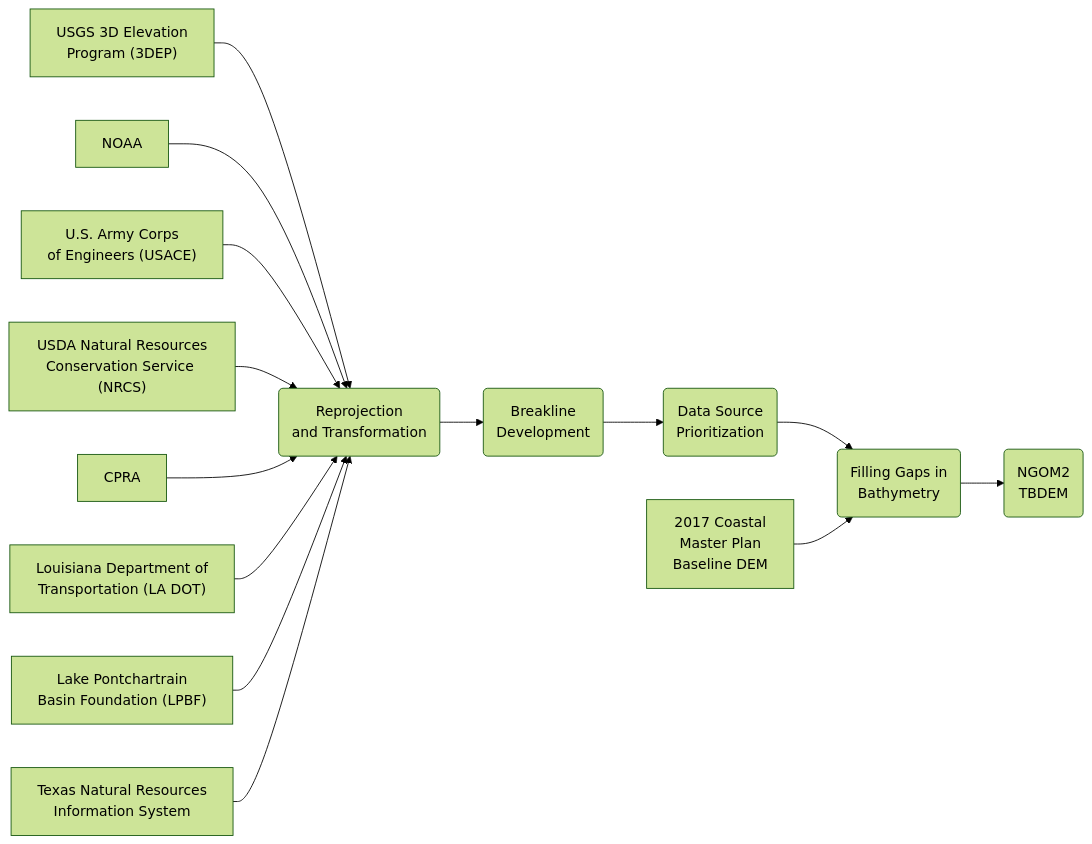
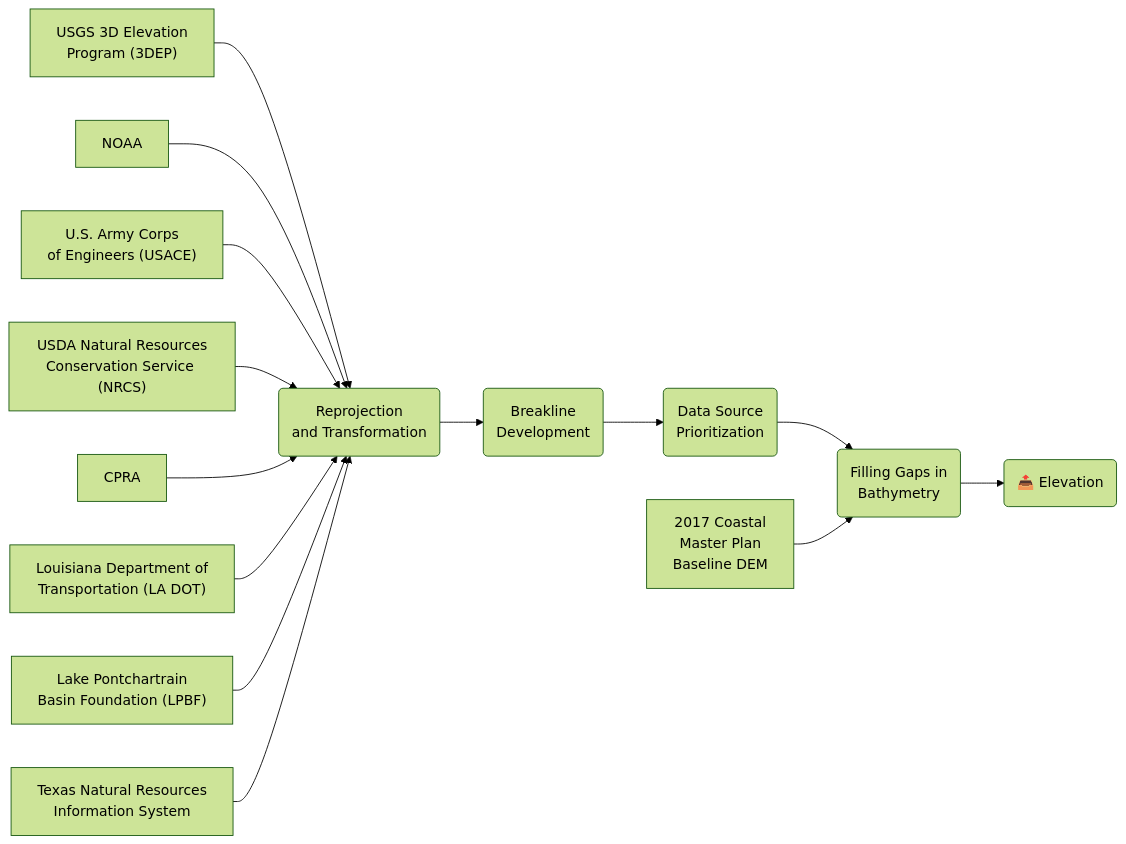
The fourth of 9 diagrams in README.md (pscedu/cpra-documentation), drawn with Mermaid (forest theme) before and after one commit. The commit also changed other lines of this file, not shown here.

````diff
--- a/README.md
+++ b/README.md
@@ -70,16 +70,16 @@
 ```mermaid
 flowchart LR
     3DEP["USGS 3D Elevation\nProgram (3DEP)"] --> RT(Reprojection\nand Transformation)
     NOAA --> RT
     USACE["U.S. Army Corps\nof Engineers (USACE)"] --> RT
     USDA_NRCS["USDA Natural Resources\nConservation Service (NRCS)"] --> RT
     CPRA --> RT
     LADOT["Louisiana Department of\nTransportation (LA DOT)"] --> RT
     LPBF["Lake Pontchartrain\nBasin Foundation (LPBF)"] --> RT
     TNRIS[Texas Natural Resources\nInformation System] --> RT
     RT --> BD(Breakline\nDevelopment)
     BD --> DSP(Data Source\nPrioritization)
     DSP --> FG(Filling Gaps in\nBathymetry)
     MP17DEM[2017 Coastal\nMaster Plan\nBaseline DEM] --> FG
-    FG --> TBDEM("NGOM2\nTBDEM")
+    FG --> E(📤 Elevation)
 ```
````
